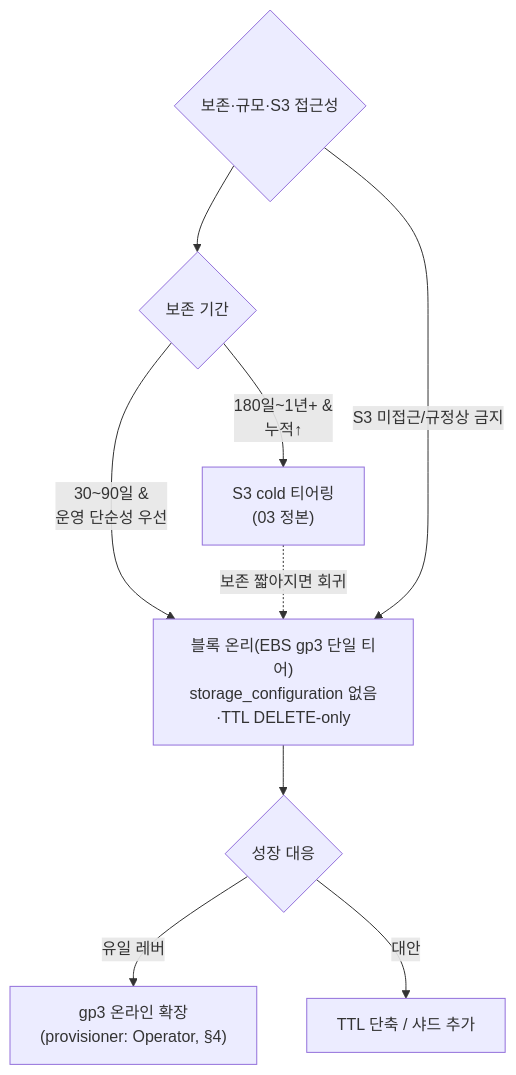
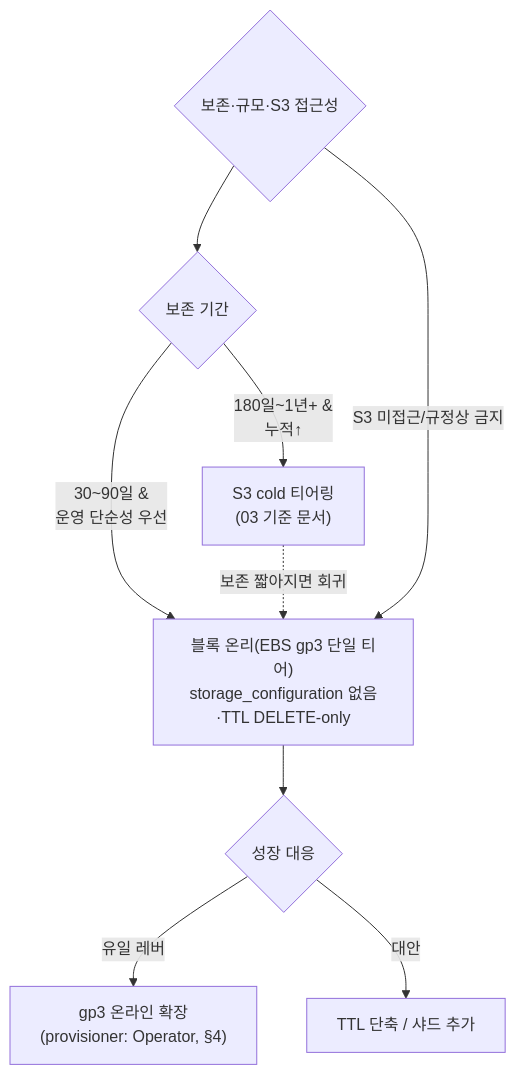
Before and after one commit to idoyo7/study-hugo: the diagram in content/hyperdx/08-block-only-tuning.md, drawn with Mermaid. The commit also changed other lines of this file and 65 other files, not shown here.

````diff
--- a/content/hyperdx/08-block-only-tuning.md
+++ b/content/hyperdx/08-block-only-tuning.md
@@ -255,11 +255,11 @@
 ```mermaid
 flowchart TD
   Q{보존·규모·S3 접근성} --> R{보존 기간}
   R -->|"30~90일 &<br/>운영 단순성 우선"| BO["블록 온리(EBS gp3 단일 티어)<br/>storage_configuration 없음·TTL DELETE-only"]
-  R -->|"180일~1년+ &<br/>누적↑"| S3["S3 cold 티어링<br/>(03 정본)"]
+  R -->|"180일~1년+ &<br/>누적↑"| S3["S3 cold 티어링<br/>(03 기준 문서)"]
   Q -->|"S3 미접근/규정상 금지"| BO
   BO --> GROW{"성장 대응"}
   GROW -->|"유일 레버"| EXP["gp3 온라인 확장<br/>(provisioner: Operator, §4)"]
   GROW -->|"대안"| ALT["TTL 단축 / 샤드 추가"]
   S3 -.->|"보존 짧아지면 회귀"| BO
 ```
````
